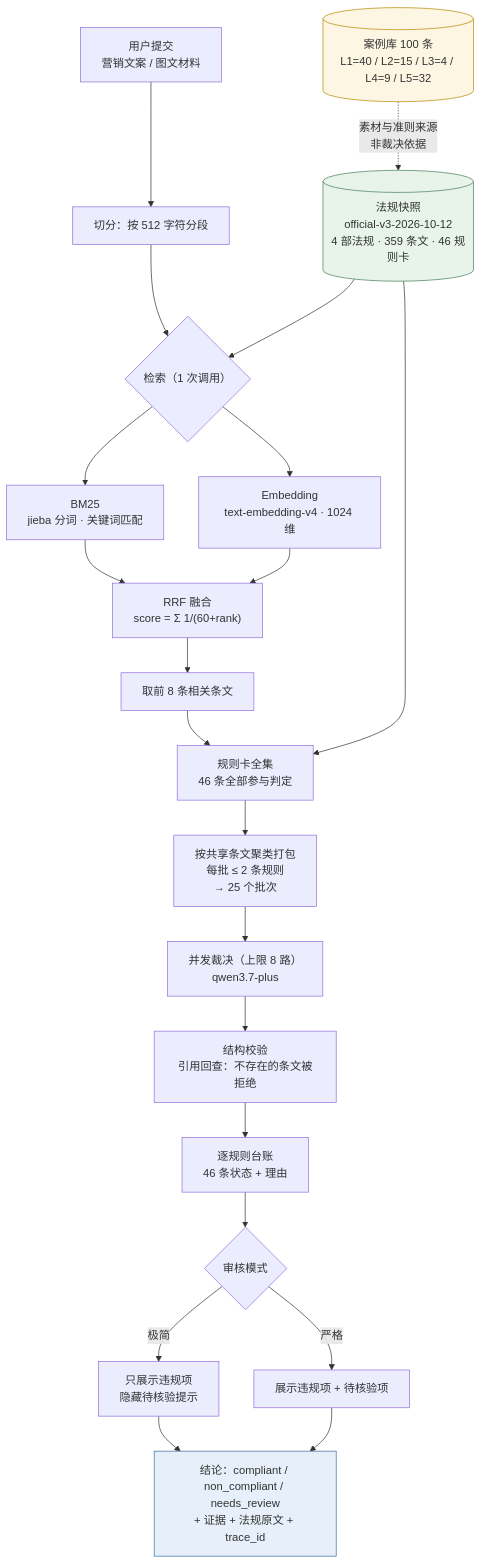
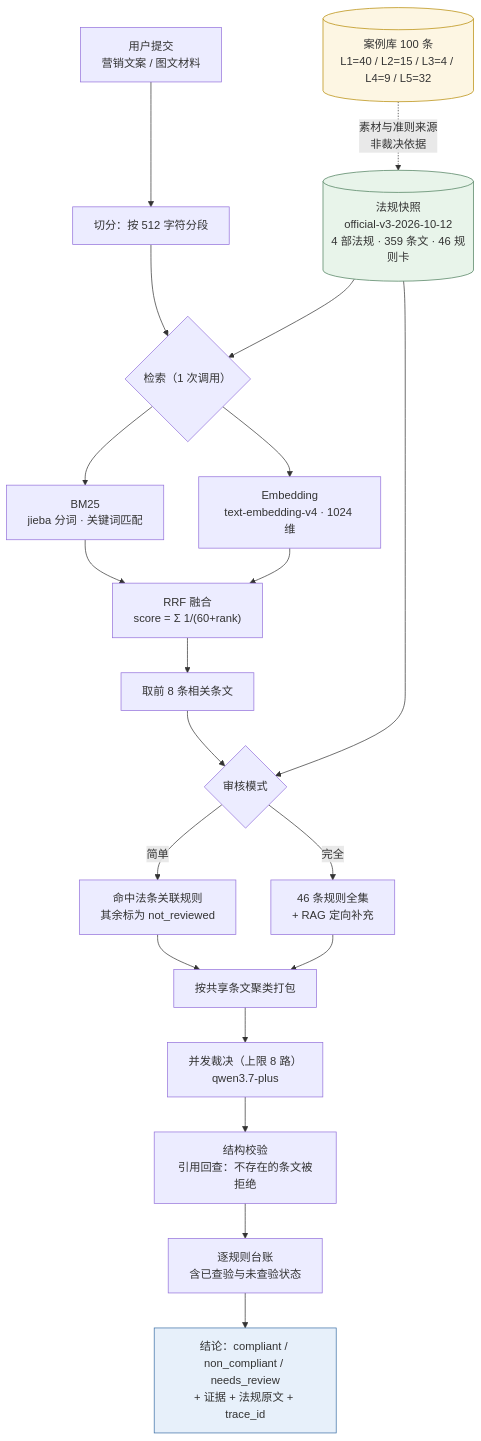
One commit to yuwei823/baoxuanzhushou changed the diagram in docs/project-introduction.md. Above: the diagram before and after it, drawn with Mermaid. The commit also changed other lines of this file and 23 other files, not shown here.

````diff
--- a/docs/project-introduction.md
+++ b/docs/project-introduction.md
@@ -280,32 +280,30 @@
 ```mermaid
 flowchart TD
     A["用户提交<br/>营销文案 / 图文材料"] --> B["切分：按 512 字符分段"]
     B --> C{"检索（1 次调用）"}
 
     C --> D["BM25<br/>jieba 分词 · 关键词匹配"]
     C --> E["Embedding<br/>text-embedding-v4 · 1024 维"]
     D --> F["RRF 融合<br/>score = Σ 1/(60+rank)"]
     E --> F
     F --> G["取前 8 条相关条文"]
 
     H[("法规快照<br/>official-v3-2026-10-12<br/>4 部法规 · 359 条文 · 46 规则卡")] --> C
-    H --> I["规则卡全集<br/>46 条全部参与判定"]
+    H --> I{"审核模式"}
     G --> I
-
-    I --> J["按共享条文聚类打包<br/>每批 ≤ 2 条规则<br/>→ 25 个批次"]
+    I -->|简单| O["命中法条关联规则<br/>其余标为 not_reviewed"]
+    I -->|完全| P["46 条规则全集<br/>+ RAG 定向补充"]
+    O --> J["按共享条文聚类打包"]
+    P --> J
     J --> K["并发裁决（上限 8 路）<br/>qwen3.7-plus"]
     K --> L["结构校验<br/>引用回查：不存在的条文被拒绝"]
 
-    L --> M["逐规则台账<br/>46 条状态 + 理由"]
-    M --> N{"审核模式"}
-    N -->|极简| O["只展示违规项<br/>隐藏待核验提示"]
-    N -->|严格| P["展示违规项 + 待核验项"]
-    O --> Q["结论：compliant / non_compliant / needs_review<br/>+ 证据 + 法规原文 + trace_id"]
-    P --> Q
+    L --> M["逐规则台账<br/>含已查验与未查验状态"]
+    M --> Q["结论：compliant / non_compliant / needs_review<br/>+ 证据 + 法规原文 + trace_id"]
 
     R[("案例库 100 条<br/>L1=40 / L2=15 / L3=4 / L4=9 / L5=32")] -.->|"素材与准则来源<br/>非裁决依据"| H
 
     style H fill:#e8f4ea,stroke:#4a7c59
     style R fill:#fdf6e3,stroke:#b58900
     style Q fill:#e7f0fa,stroke:#3b6ea5
 ```
````
